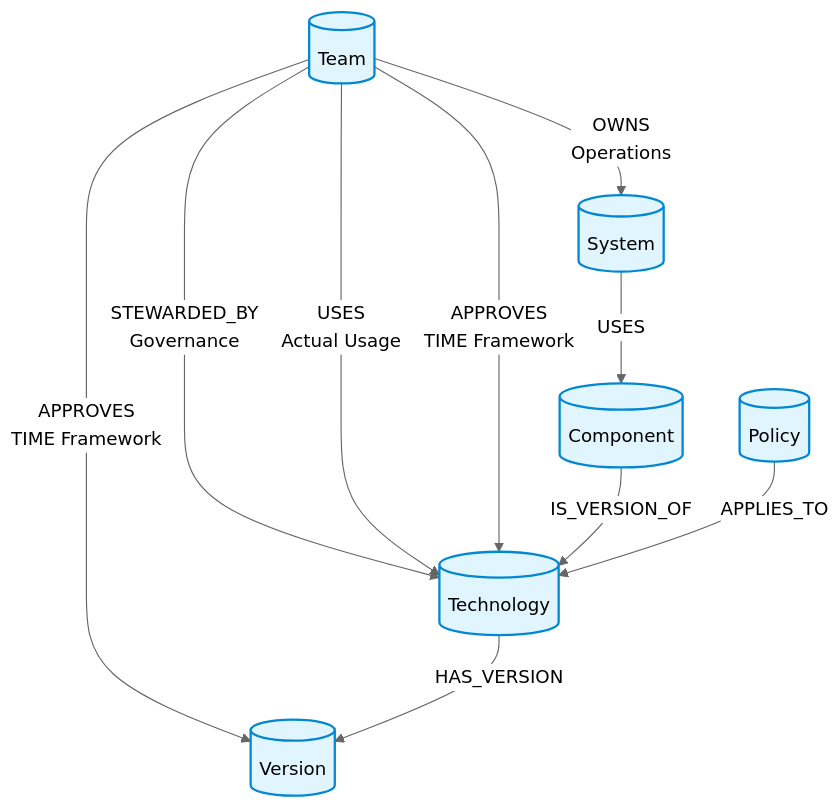
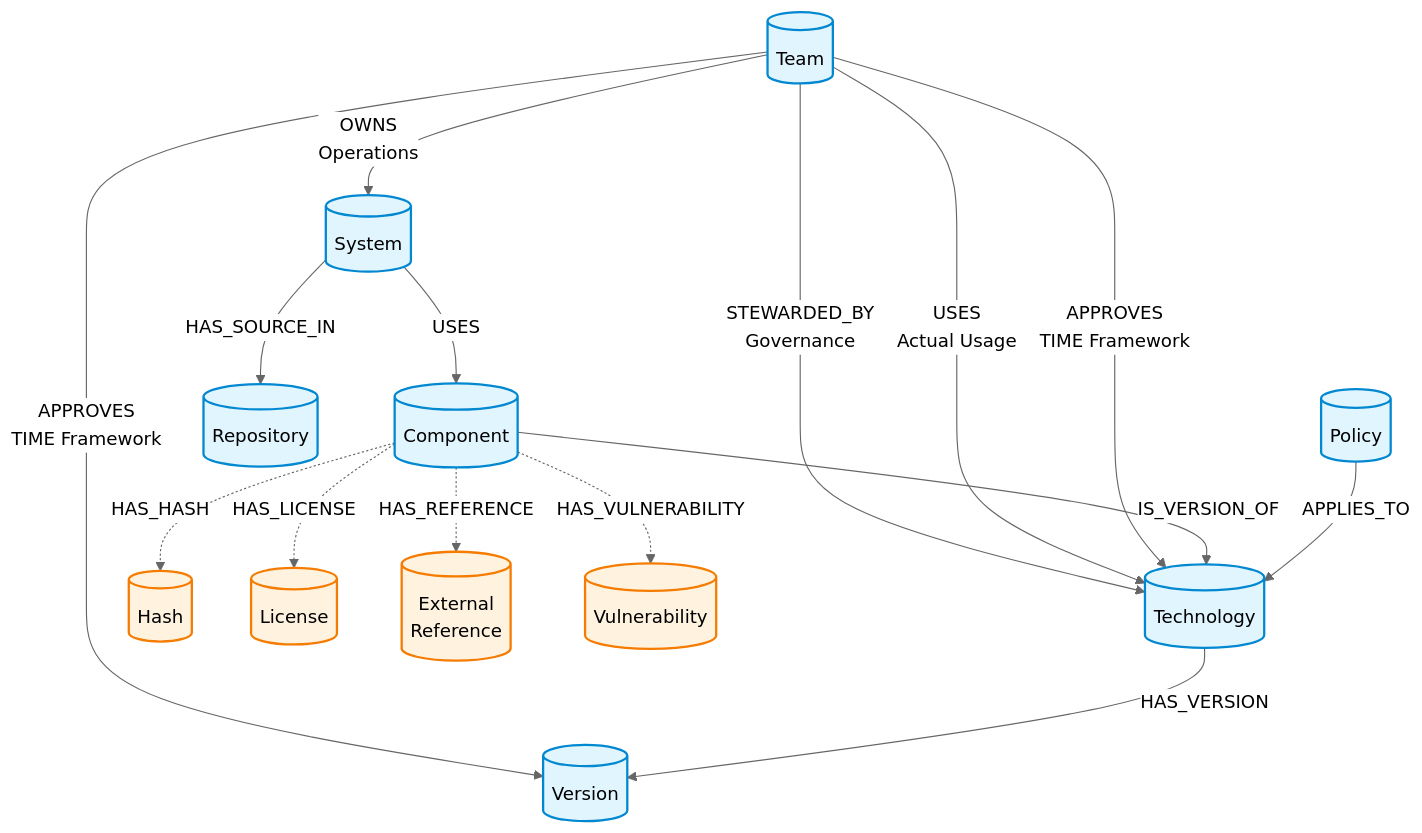
Before and after one commit to localgod/polaris: the first of 2 diagrams in content/architecture/graph-model.md, drawn with Mermaid (neutral theme). The commit also changed other lines of this file and 17 other files, not shown here.

````diff
--- a/content/architecture/graph-model.md
+++ b/content/architecture/graph-model.md
@@ -24,30 +24,44 @@
 ```mermaid
 graph TB
     %% Node Definitions
     Team[(Team)]
     Technology[(Technology)]
     Version[(Version)]
     Component[(Component)]
     System[(System)]
+    Repository[(Repository)]
     Policy[(Policy)]
+    Hash[(Hash)]
+    License[(License)]
+    ExtRef[(External<br/>Reference)]
+    Vuln[(Vulnerability)]
     
-    %% Relationships
+    %% Core Relationships
     Team -->|STEWARDED_BY<br/>Governance| Technology
     Team -->|OWNS<br/>Operations| System
     Team -->|USES<br/>Actual Usage| Technology
     Team -->|APPROVES<br/>TIME Framework| Technology
     Team -->|APPROVES<br/>TIME Framework| Version
     
     Technology -->|HAS_VERSION| Version
     
     Component -->|IS_VERSION_OF| Technology
     
     System -->|USES| Component
+    System -->|HAS_SOURCE_IN| Repository
     
     Policy -->|APPLIES_TO| Technology
     
+    %% Component SBOM Relationships
+    Component -.->|HAS_HASH| Hash
+    Component -.->|HAS_LICENSE| License
+    Component -.->|HAS_REFERENCE| ExtRef
+    Component -.->|HAS_VULNERABILITY| Vuln
+    
     %% Styling
-    classDef nodeStyle fill:#e1f5ff,stroke:#0288d1,stroke-width:2px
+    classDef coreNode fill:#e1f5ff,stroke:#0288d1,stroke-width:2px
+    classDef sbomNode fill:#fff3e0,stroke:#f57c00,stroke-width:2px
     
-    class Team,Technology,Version,Component,System,Policy nodeStyle
+    class Team,Technology,Version,Component,System,Repository,Policy coreNode
+    class Hash,License,ExtRef,Vuln sbomNode
 ```
````
